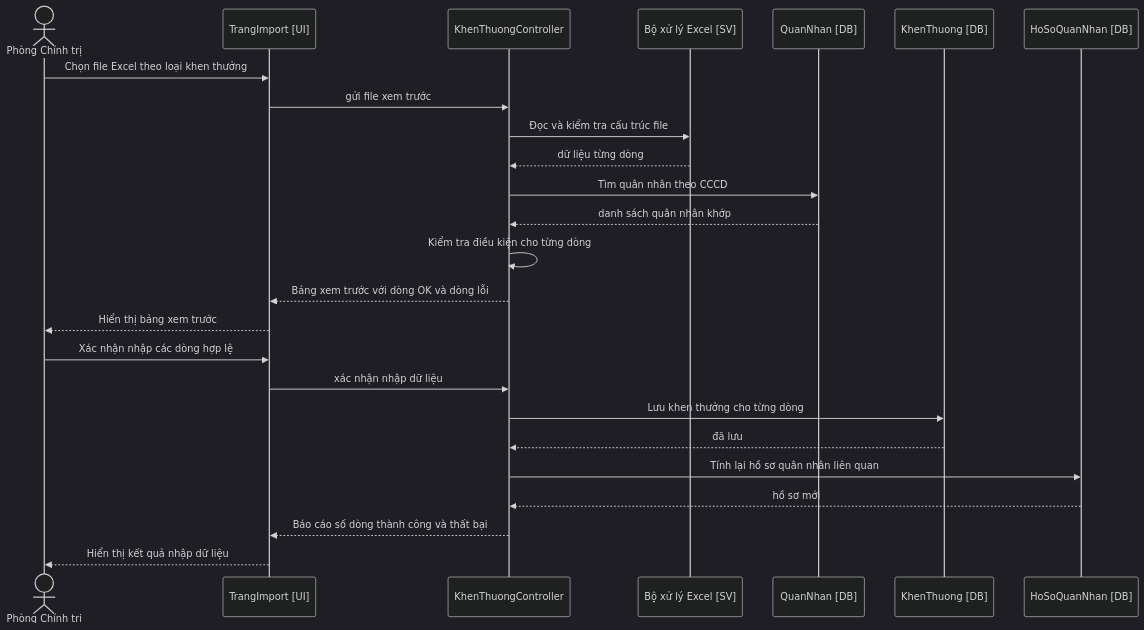
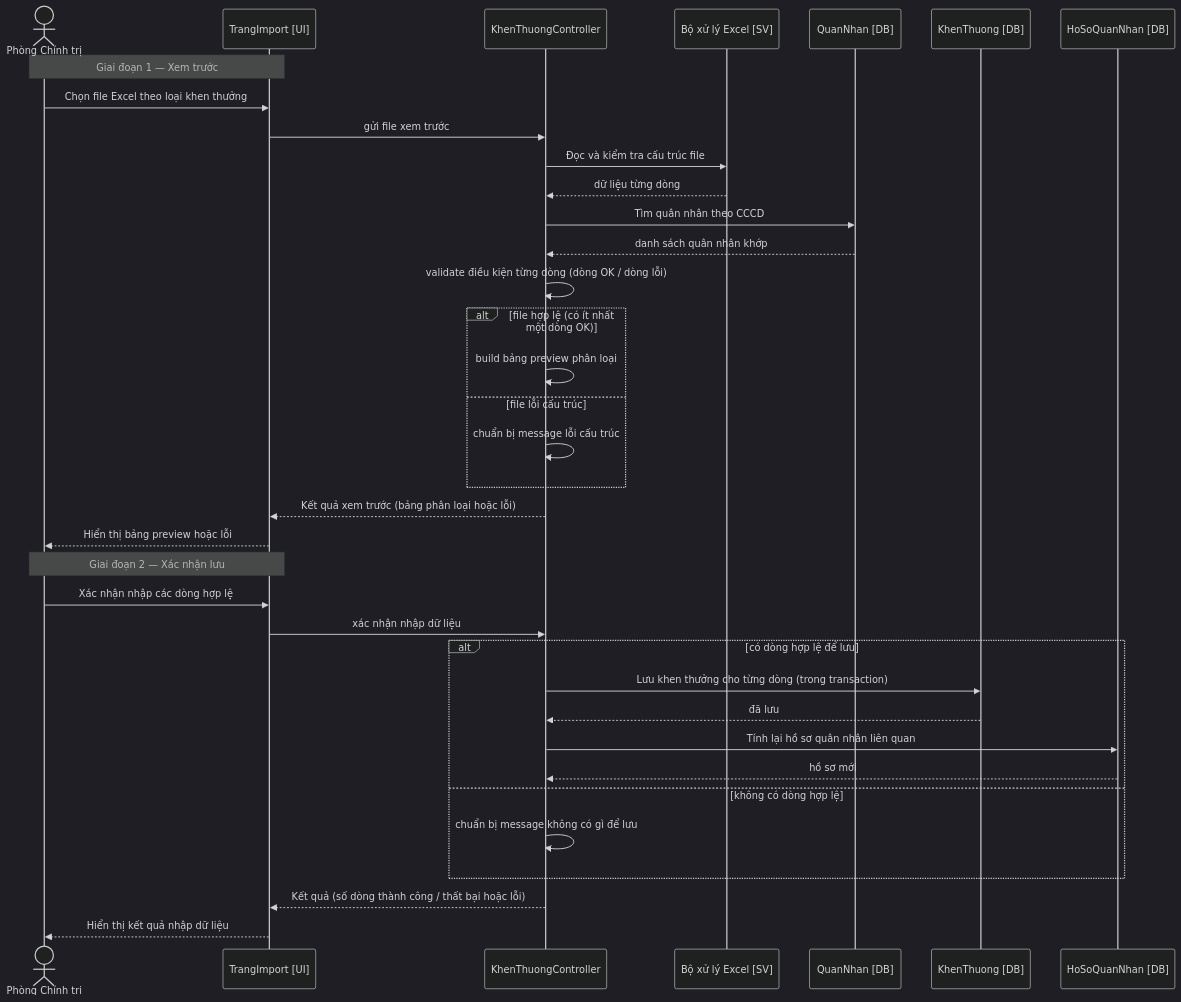
One commit to tranducbk/DATN_PM_QLKT changed the fifth of 9 diagrams in docs/diagrams/05-sequence.md. Above: the diagram before and after it, drawn with Mermaid (dark theme). The commit also changed other lines of this file and 69 other files, not shown here.

````diff
--- a/docs/diagrams/05-sequence.md
+++ b/docs/diagrams/05-sequence.md
@@ -169,29 +187,44 @@
 ```mermaid
 sequenceDiagram
     actor ADM as Phòng Chính trị
     participant Page as TrangImport [UI]
     participant Ctrl as KhenThuongController
     participant Excel as Bộ xử lý Excel [SV]
     participant QN as QuanNhan [DB]
     participant KT as KhenThuong [DB]
     participant HS as HoSoQuanNhan [DB]
 
+    Note over ADM,Page: Giai đoạn 1 — Xem trước
     ADM->>Page: Chọn file Excel theo loại khen thưởng
     Page->>Ctrl: gửi file xem trước
     Ctrl->>Excel: Đọc và kiểm tra cấu trúc file
     Excel-->>Ctrl: dữ liệu từng dòng
     Ctrl->>QN: Tìm quân nhân theo CCCD
     QN-->>Ctrl: danh sách quân nhân khớp
-    Ctrl->>Ctrl: Kiểm tra điều kiện cho từng dòng
-    Ctrl-->>Page: Bảng xem trước với dòng OK và dòng lỗi
-    Page-->>ADM: Hiển thị bảng xem trước
+    Ctrl->>Ctrl: validate điều kiện từng dòng (dòng OK / dòng lỗi)
 
+    alt file hợp lệ (có ít nhất một dòng OK)
+        Ctrl->>Ctrl: build bảng preview phân loại
+    else file lỗi cấu trúc
+        Ctrl->>Ctrl: chuẩn bị message lỗi cấu trúc
+    end
+
+    Ctrl-->>Page: Kết quả xem trước (bảng phân loại hoặc lỗi)
+    Page-->>ADM: Hiển thị bảng preview hoặc lỗi
+
+    Note over ADM,Page: Giai đoạn 2 — Xác nhận lưu
     ADM->>Page: Xác nhận nhập các dòng hợp lệ
     Page->>Ctrl: xác nhận nhập dữ liệu
-    Ctrl->>KT: Lưu khen thưởng cho từng dòng
-    KT-->>Ctrl: đã lưu
-    Ctrl->>HS: Tính lại hồ sơ quân nhân liên quan
-    HS-->>Ctrl: hồ sơ mới
-    Ctrl-->>Page: Báo cáo số dòng thành công và thất bại
+
+    alt có dòng hợp lệ để lưu
+        Ctrl->>KT: Lưu khen thưởng cho từng dòng (trong transaction)
+        KT-->>Ctrl: đã lưu
+        Ctrl->>HS: Tính lại hồ sơ quân nhân liên quan
+        HS-->>Ctrl: hồ sơ mới
+    else không có dòng hợp lệ
+        Ctrl->>Ctrl: chuẩn bị message không có gì để lưu
+    end
+
+    Ctrl-->>Page: Kết quả (số dòng thành công / thất bại hoặc lỗi)
     Page-->>ADM: Hiển thị kết quả nhập dữ liệu
 ```
````
